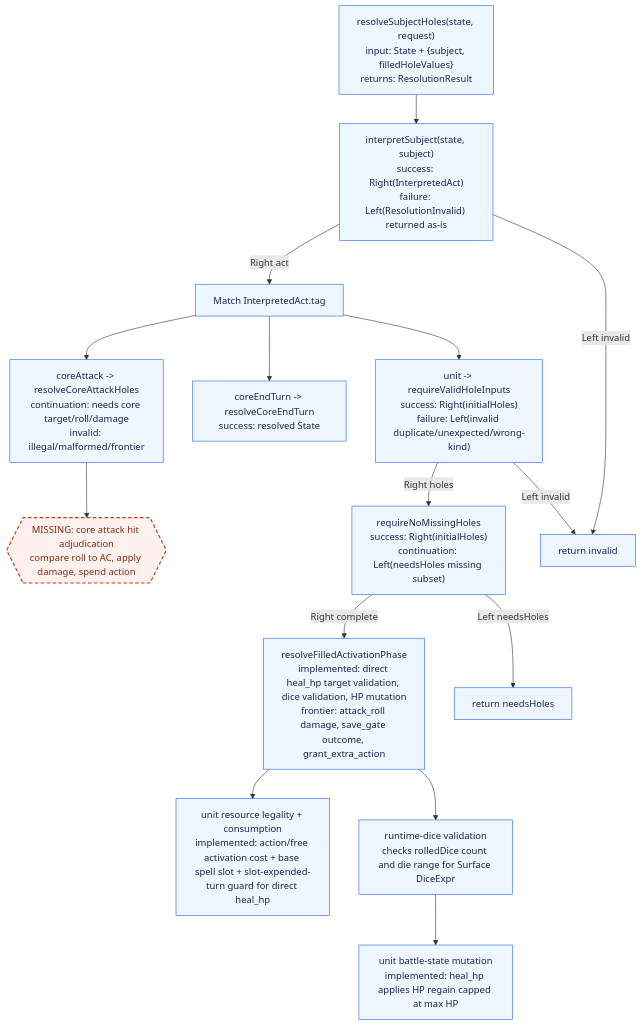
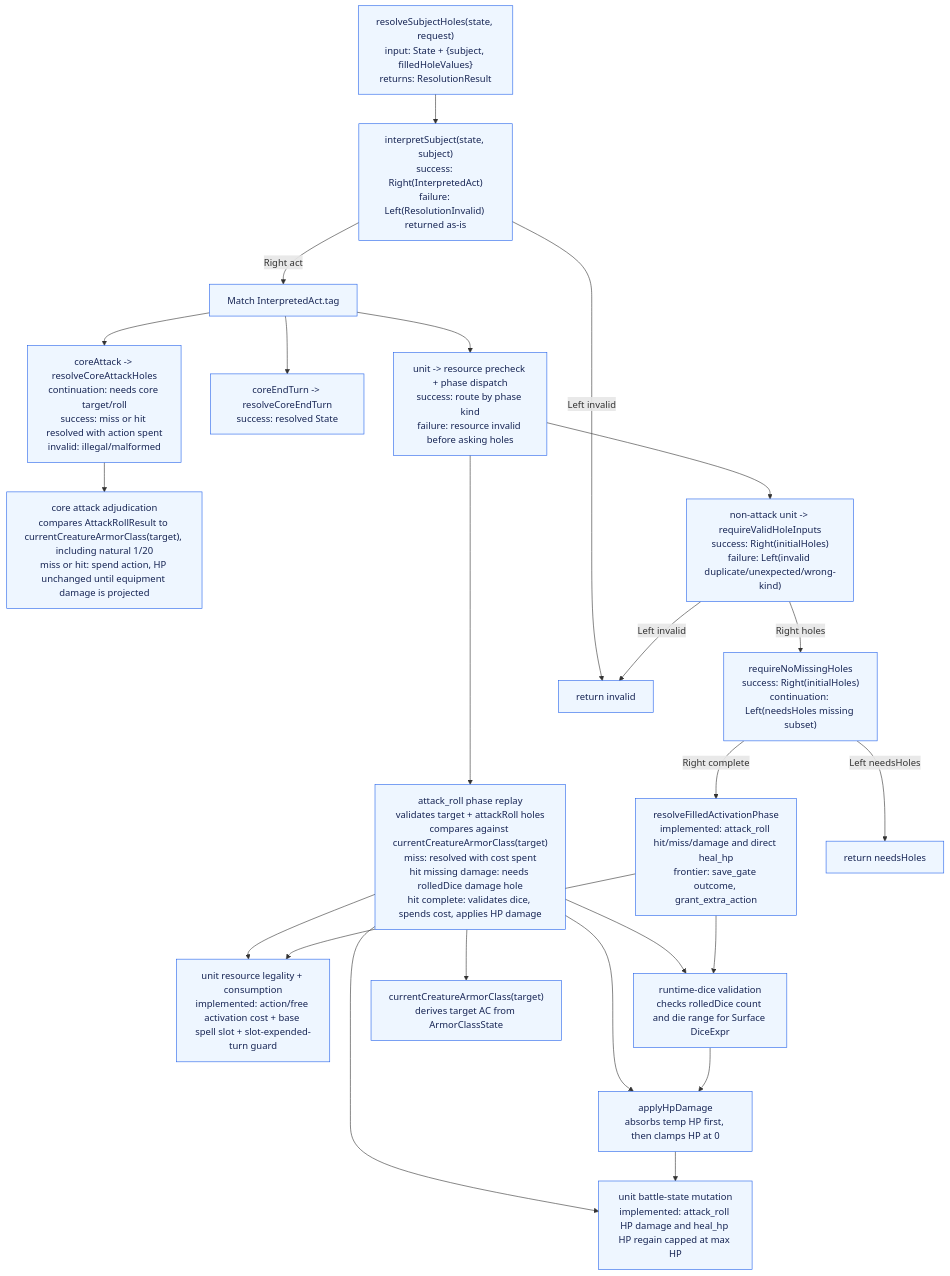
One commit to dearlordylord/5e-quint changed the fourth of 7 diagrams in packages/surface-runtime-correction/ARCHITECTURE_GRAPH.md. Above: the diagram before and after it, drawn with Mermaid. The commit also changed other lines of this file and 11 other files, not shown here.

Commit message:
Tighten surface attack damage resolution

````diff
--- a/packages/surface-runtime-correction/ARCHITECTURE_GRAPH.md
+++ b/packages/surface-runtime-correction/ARCHITECTURE_GRAPH.md
@@ -143,34 +157,44 @@
 ```mermaid
 flowchart TD
   Resolve["resolveSubjectHoles(state, request)<br/>input: State + {subject, filledHoleValues}<br/>returns: ResolutionResult"]
   Interpret["interpretSubject(state, subject)<br/>success: Right(InterpretedAct)<br/>failure: Left(ResolutionInvalid) returned as-is"]
   Match["Match InterpretedAct.tag"]
 
-  CoreAttackResolve["coreAttack -> resolveCoreAttackHoles<br/>continuation: needs core target/roll/damage<br/>invalid: illegal/malformed/frontier"]
-  CoreAttackFrontier{{"MISSING: core attack hit adjudication<br/>compare roll to AC, apply damage, spend action"}}
+  CoreAttackResolve["coreAttack -> resolveCoreAttackHoles<br/>continuation: needs core target/roll<br/>success: miss or hit resolved with action spent<br/>invalid: illegal/malformed"]
+  CoreAttackAdjudication["core attack adjudication<br/>compares AttackRollResult to currentCreatureArmorClass(target), including natural 1/20<br/>miss or hit: spend action, HP unchanged until equipment damage is projected"]
   EndTurnResolve["coreEndTurn -> resolveCoreEndTurn<br/>success: resolved State"]
-  ValidInputs["unit -> requireValidHoleInputs<br/>success: Right(initialHoles)<br/>failure: Left(invalid duplicate/unexpected/wrong-kind)"]
+  UnitDispatch["unit -> resource precheck + phase dispatch<br/>success: route by phase kind<br/>failure: resource invalid before asking holes"]
+  AttackRollPhase["attack_roll phase replay<br/>validates target + attackRoll holes<br/>compares against currentCreatureArmorClass(target)<br/>miss: resolved with cost spent<br/>hit missing damage: needs rolledDice damage hole<br/>hit complete: validates dice, spends cost, applies HP damage"]
+  NonAttackValidInputs["non-attack unit -> requireValidHoleInputs<br/>success: Right(initialHoles)<br/>failure: Left(invalid duplicate/unexpected/wrong-kind)"]
   Missing["requireNoMissingHoles<br/>success: Right(initialHoles)<br/>continuation: Left(needsHoles missing subset)"]
-  PhaseExec["resolveFilledActivationPhase<br/>implemented: direct heal_hp target validation, dice validation, HP mutation<br/>frontier: attack_roll damage, save_gate outcome, grant_extra_action"]
-  UnitResource["unit resource legality + consumption<br/>implemented: action/free activation cost + base spell slot + slot-expended-turn guard for direct heal_hp"]
-  UnitMutation["unit battle-state mutation<br/>implemented: heal_hp applies HP regain capped at max HP"]
+  PhaseExec["resolveFilledActivationPhase<br/>implemented: attack_roll hit/miss/damage and direct heal_hp<br/>frontier: save_gate outcome, grant_extra_action"]
+  UnitResource["unit resource legality + consumption<br/>implemented: action/free activation cost + base spell slot + slot-expended-turn guard"]
+  UnitMutation["unit battle-state mutation<br/>implemented: attack_roll HP damage and heal_hp HP regain capped at max HP"]
   RuntimeDice["runtime-dice validation<br/>checks rolledDice count and die range for Surface DiceExpr"]
+  ArmorClass["currentCreatureArmorClass(target)<br/>derives target AC from ArmorClassState"]
+  Damage["applyHpDamage<br/>absorbs temp HP first, then clamps HP at 0"]
 
   Resolve --> Interpret
   Interpret -->|Left invalid| Invalid["return invalid"]
   Interpret -->|Right act| Match
-  Match --> CoreAttackResolve --> CoreAttackFrontier
+  Match --> CoreAttackResolve --> CoreAttackAdjudication
   Match --> EndTurnResolve
-  Match --> ValidInputs
-  ValidInputs -->|Left invalid| Invalid
-  ValidInputs -->|Right holes| Missing
+  Match --> UnitDispatch
+  UnitDispatch --> AttackRollPhase
+  AttackRollPhase --> ArmorClass
+  AttackRollPhase --> RuntimeDice
+  AttackRollPhase --> Damage
+  AttackRollPhase --> UnitResource
+  AttackRollPhase --> UnitMutation
+  UnitDispatch --> NonAttackValidInputs
+  NonAttackValidInputs -->|Left invalid| Invalid
+  NonAttackValidInputs -->|Right holes| Missing
   Missing -->|Left needsHoles| Needs["return needsHoles"]
   Missing -->|Right complete| PhaseExec
-  PhaseExec --> RuntimeDice --> UnitMutation
+  PhaseExec --> RuntimeDice --> Damage --> UnitMutation
   PhaseExec --> UnitResource
 
   classDef missing fill:#fff1f0,stroke:#c2410c,stroke-width:2px,stroke-dasharray: 6 4,color:#7c2d12;
   classDef implemented fill:#eef6ff,stroke:#2563eb,color:#172554;
-  class CoreAttackFrontier missing;
-  class Resolve,Interpret,Match,CoreAttackResolve,EndTurnResolve,ValidInputs,Missing,PhaseExec,RuntimeDice,UnitResource,UnitMutation,Invalid,Needs implemented;
+  class Resolve,Interpret,Match,CoreAttackResolve,CoreAttackAdjudication,EndTurnResolve,UnitDispatch,AttackRollPhase,NonAttackValidInputs,Missing,PhaseExec,RuntimeDice,ArmorClass,Damage,UnitResource,UnitMutation,Invalid,Needs implemented;
 ```
````
